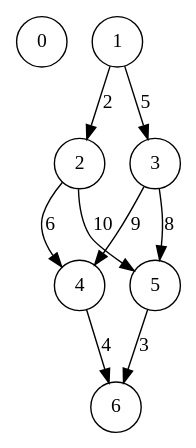
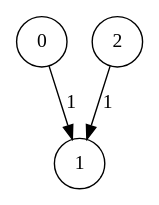
Before and after one commit to S0IG0/Graf: the diagram in Graf/test.dot, drawn with Graphviz. The commit also changed 4 other files, not shown here.

```diff
--- a/Graf/test.dot
+++ b/Graf/test.dot
@@ -1,15 +1,8 @@
 strict digraph test {
 	layout = "dot"
 	node[shape = circle]
 	edge[shape = vee]
-	0
-	1 -> 2 [label = "2"]
-	1 -> 3 [label = "5"]
-	2 -> 4 [label = "6"]
-	2 -> 5 [label = "10"]
-	3 -> 4 [label = "9"]
-	3 -> 5 [label = "8"]
-	4 -> 6 [label = "4"]
-	5 -> 6 [label = "3"]
-	6
+	0 -> 1 [label = "1"]
+	1
+	2 -> 1 [label = "1"]
 }
```
